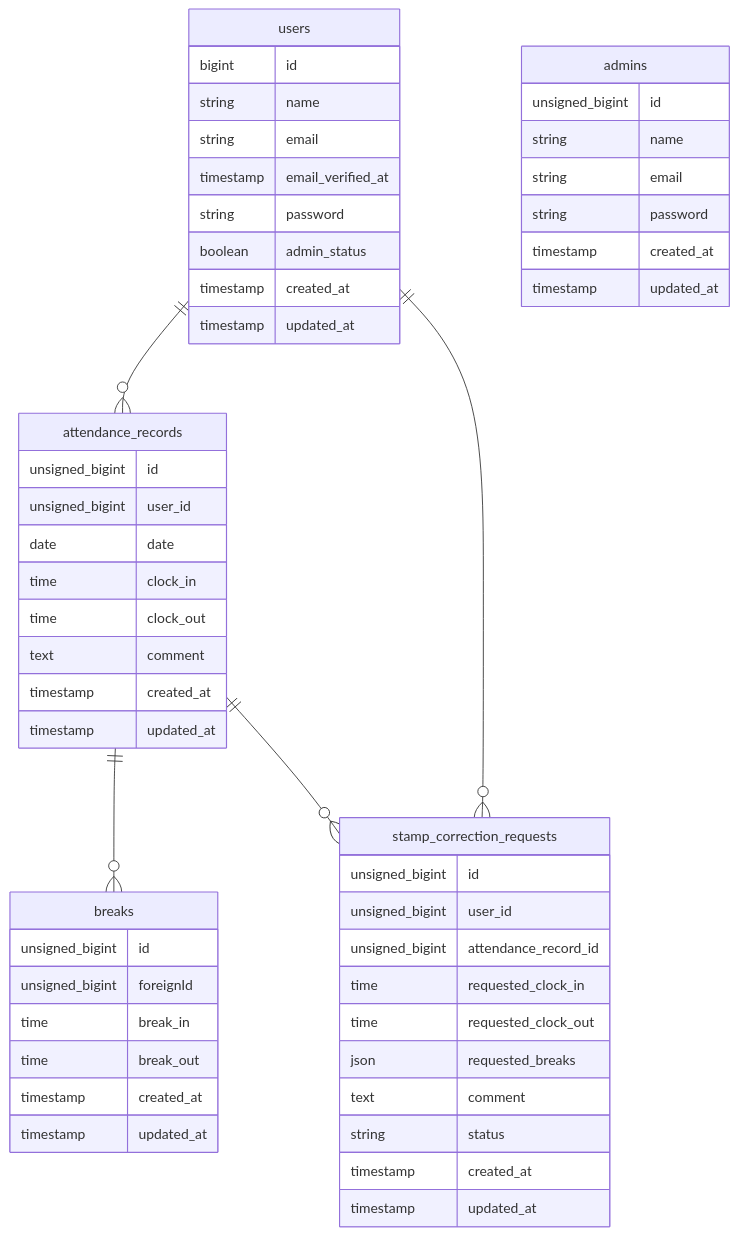
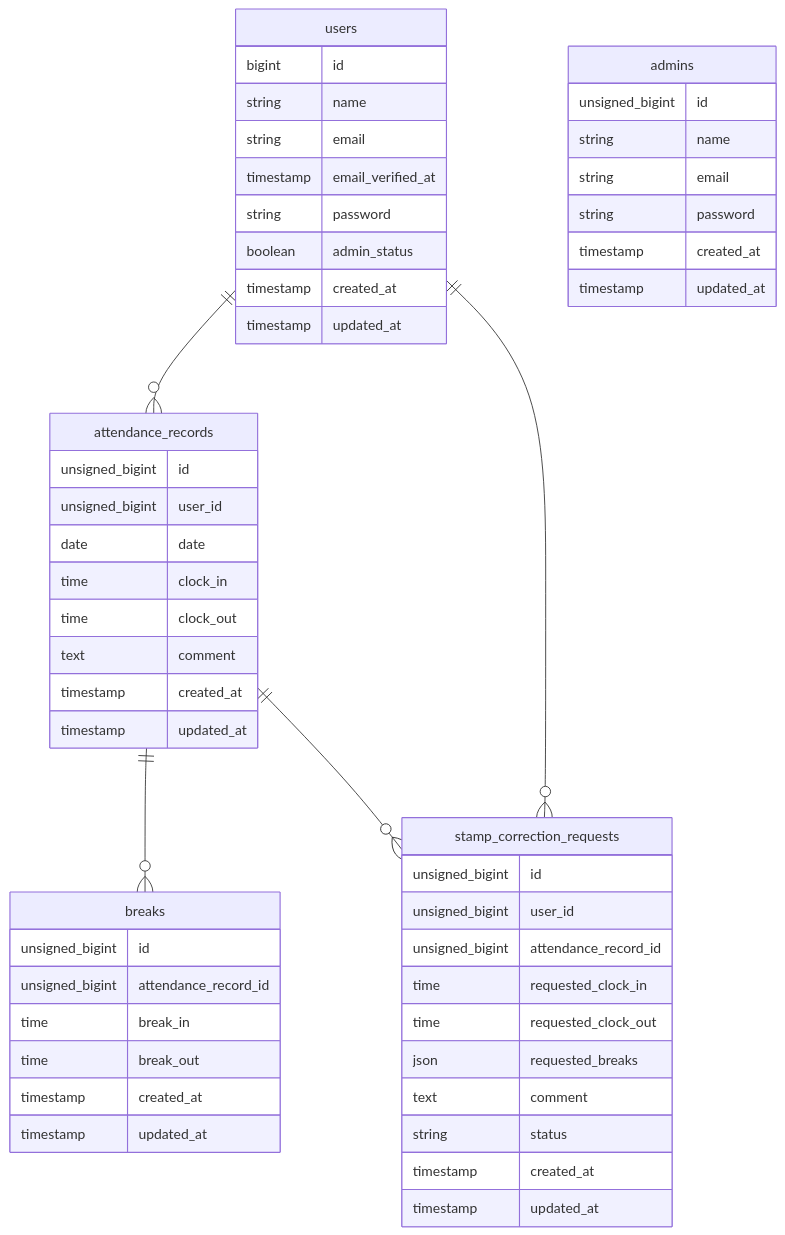
Before and after one commit to koko-chii/coachtech-attendance: the diagram in README.md, drawn with Mermaid. The commit also changed other lines of this file and 2 other files, not shown here.

````diff
--- a/README.md
+++ b/README.md
@@ -27,61 +21,61 @@
 ```mermaid
 erDiagram
     users ||--o{ attendance_records : ""
     users ||--o{ stamp_correction_requests : ""
     attendance_records ||--o{ breaks : ""
     attendance_records ||--o{ stamp_correction_requests : ""
 
     users {
         bigint id
         string name
         string email
         timestamp email_verified_at
         string password
         boolean admin_status
         timestamp created_at
         timestamp updated_at
     }
 
     admins {
         unsigned_bigint id
         string name
         string email
         string password
         timestamp created_at
         timestamp updated_at
     }
 
     attendance_records {
         unsigned_bigint id
         unsigned_bigint user_id
         date date
         time clock_in
         time clock_out
         text comment
         timestamp created_at
         timestamp updated_at
     }
 
     breaks {
         unsigned_bigint id
-        unsigned_bigint foreignId
+        unsigned_bigint attendance_record_id
         time break_in
         time break_out
         timestamp created_at
         timestamp updated_at
     }
 
     stamp_correction_requests {
         unsigned_bigint id
         unsigned_bigint user_id
         unsigned_bigint attendance_record_id
         time requested_clock_in
         time requested_clock_out
         json requested_breaks
         text comment
         string status
         timestamp created_at
         timestamp updated_at
     }
 
 ```
````
